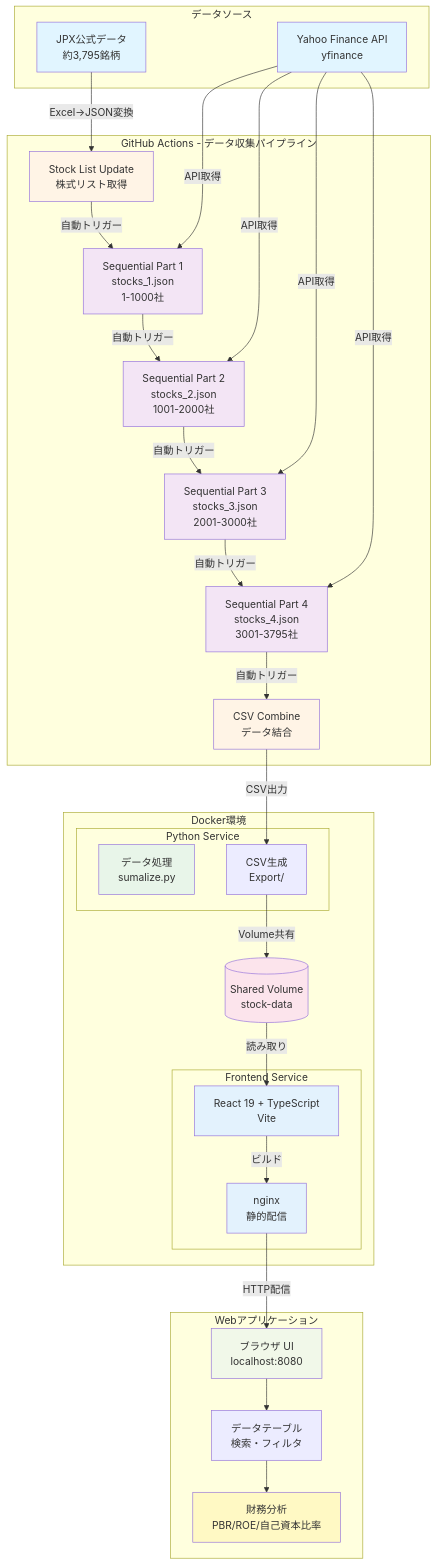
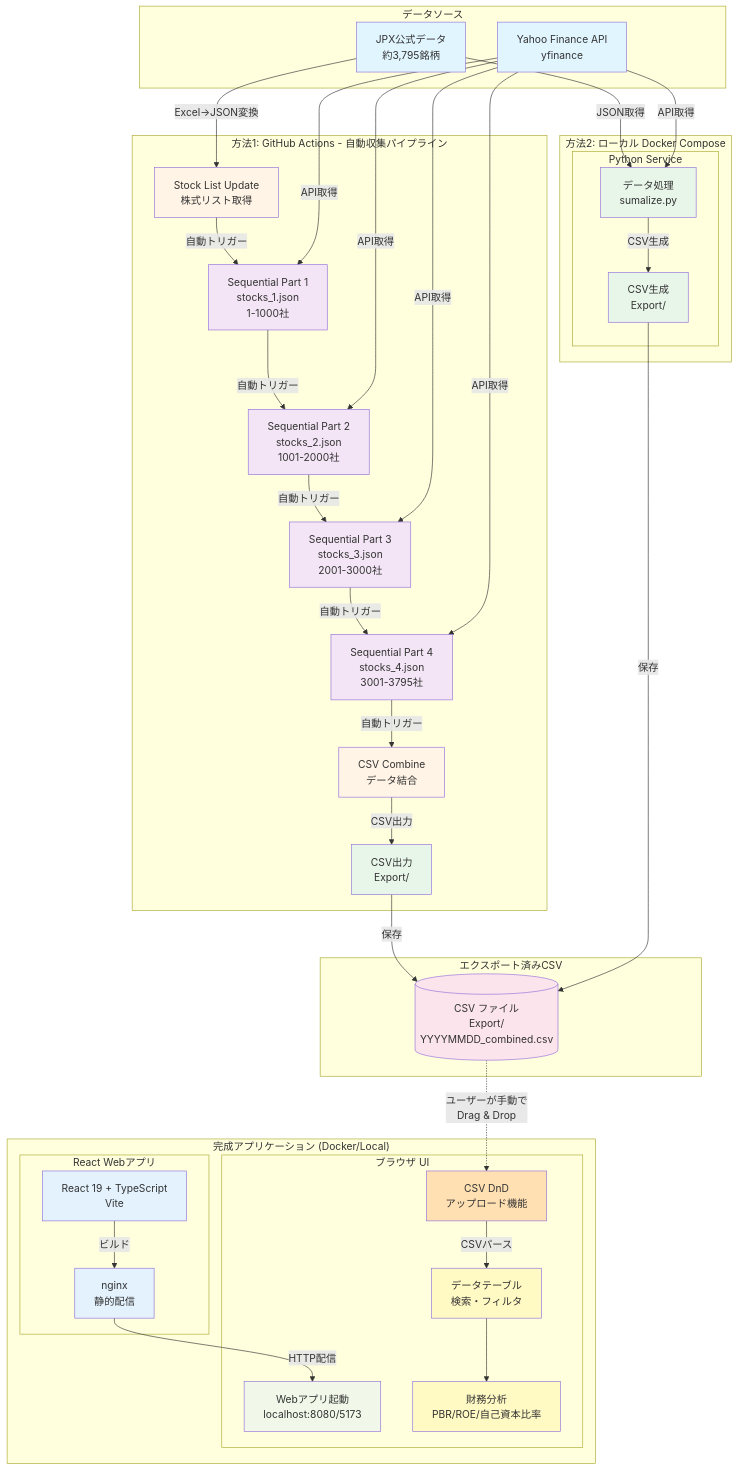
The diagram in articles/python-yfinance-4c4331412bc50f.md (testkun08080/zenn-docs), drawn with Mermaid before and after one commit. The commit also changed other lines of this file, not shown here.

````diff
--- a/articles/python-yfinance-4c4331412bc50f.md
+++ b/articles/python-yfinance-4c4331412bc50f.md
@@ -137,35 +149,42 @@
         Yahoo[Yahoo Finance API<br/>yfinance]
     end
 
-    subgraph "GitHub Actions - データ収集パイプライン"
+    subgraph "方法1: GitHub Actions - 自動収集パイプライン"
         StockList[Stock List Update<br/>株式リスト取得]
         Part1[Sequential Part 1<br/>stocks_1.json<br/>1-1000社]
         Part2[Sequential Part 2<br/>stocks_2.json<br/>1001-2000社]
         Part3[Sequential Part 3<br/>stocks_3.json<br/>2001-3000社]
         Part4[Sequential Part 4<br/>stocks_4.json<br/>3001-3795社]
         Combine[CSV Combine<br/>データ結合]
+        CSV_GA[CSV出力<br/>Export/]
     end
 
-    subgraph "Docker環境"
+    subgraph "方法2: ローカル Docker Compose"
         subgraph "Python Service"
             DataProcess[データ処理<br/>sumalize.py]
-            CSV[CSV生成<br/>Export/]
+            CSV_Local[CSV生成<br/>Export/]
         end
+    end
 
-        subgraph "Frontend Service"
+    subgraph "エクスポート済みCSV"
+        CSVFiles[(CSV ファイル<br/>Export/<br/>YYYYMMDD_combined.csv)]
+    end
+
+    subgraph "完成アプリケーション (Docker/Local)"
+        subgraph "React Webアプリ"
             React[React 19 + TypeScript<br/>Vite]
             Nginx[nginx<br/>静的配信]
         end
 
-        Volume[(Shared Volume<br/>stock-data)]
+        subgraph "ブラウザ UI"
+            UI[Webアプリ起動<br/>localhost:8080/5173]
+            Upload[CSV DnD<br/>アップロード機能]
+            Table[データテーブル<br/>検索・フィルタ]
+            Analysis[財務分析<br/>PBR/ROE/自己資本比率]
+        end
     end
 
-    subgraph "Webアプリケーション"
-        UI[ブラウザ UI<br/>localhost:8080]
-        Table[データテーブル<br/>検索・フィルタ]
-        Analysis[財務分析<br/>PBR/ROE/自己資本比率]
-    end
-
+    %% GitHub Actions フロー
     JPX -->|Excel→JSON変換| StockList
     StockList -->|自動トリガー| Part1
     Part1 -->|自動トリガー| Part2
@@ -178,12 +197,22 @@
     Yahoo -->|API取得| Part3
     Yahoo -->|API取得| Part4
 
-    Combine -->|CSV出力| CSV
-    CSV -->|Volume共有| Volume
-    Volume -->|読み取り| React
+    Combine -->|CSV出力| CSV_GA
+    CSV_GA -->|保存| CSVFiles
+
+    %% ローカル Docker フロー
+    JPX -->|JSON取得| DataProcess
+    Yahoo -->|API取得| DataProcess
+    DataProcess -->|CSV生成| CSV_Local
+    CSV_Local -->|保存| CSVFiles
+
+    %% アプリケーション起動フロー
     React -->|ビルド| Nginx
     Nginx -->|HTTP配信| UI
-    UI --> Table
+
+    %% ユーザー操作フロー (CSV → アプリ)
+    CSVFiles -.->|ユーザーが手動で<br/>Drag & Drop| Upload
+    Upload -->|CSVパース| Table
     Table --> Analysis
 
     style JPX fill:#e1f5ff
@@ -194,10 +223,14 @@
     style Part3 fill:#f3e5f5
     style Part4 fill:#f3e5f5
     style Combine fill:#fff4e6
+    style CSV_GA fill:#e8f5e9
     style DataProcess fill:#e8f5e9
+    style CSV_Local fill:#e8f5e9
+    style CSVFiles fill:#fce4ec
+    style Upload fill:#ffe0b2
     style React fill:#e3f2fd
     style Nginx fill:#e3f2fd
-    style Volume fill:#fce4ec
     style UI fill:#f1f8e9
+    style Table fill:#fff9c4
     style Analysis fill:#fff9c4
 ```
````
